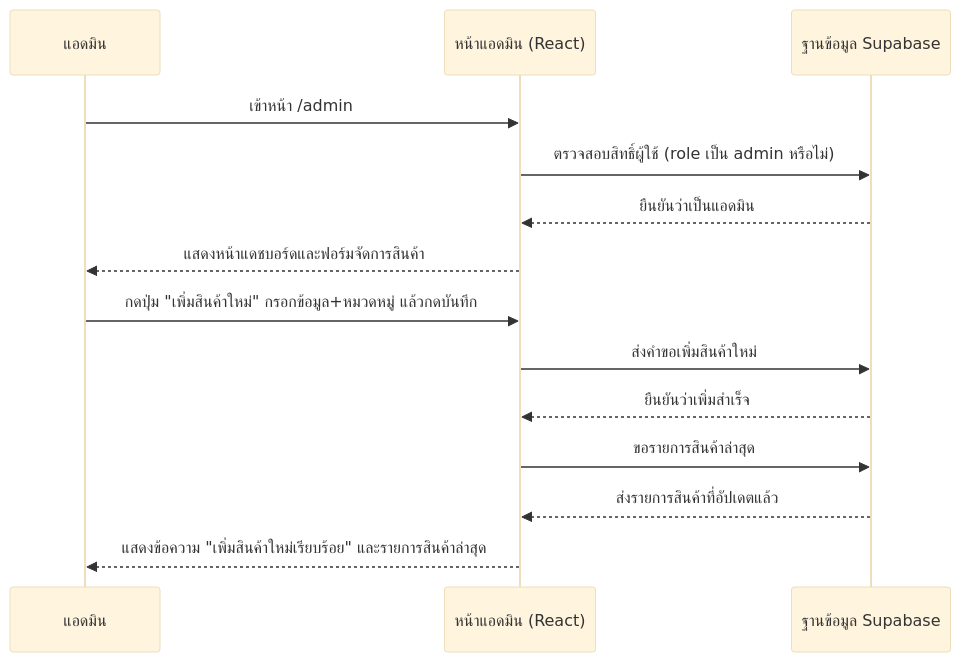
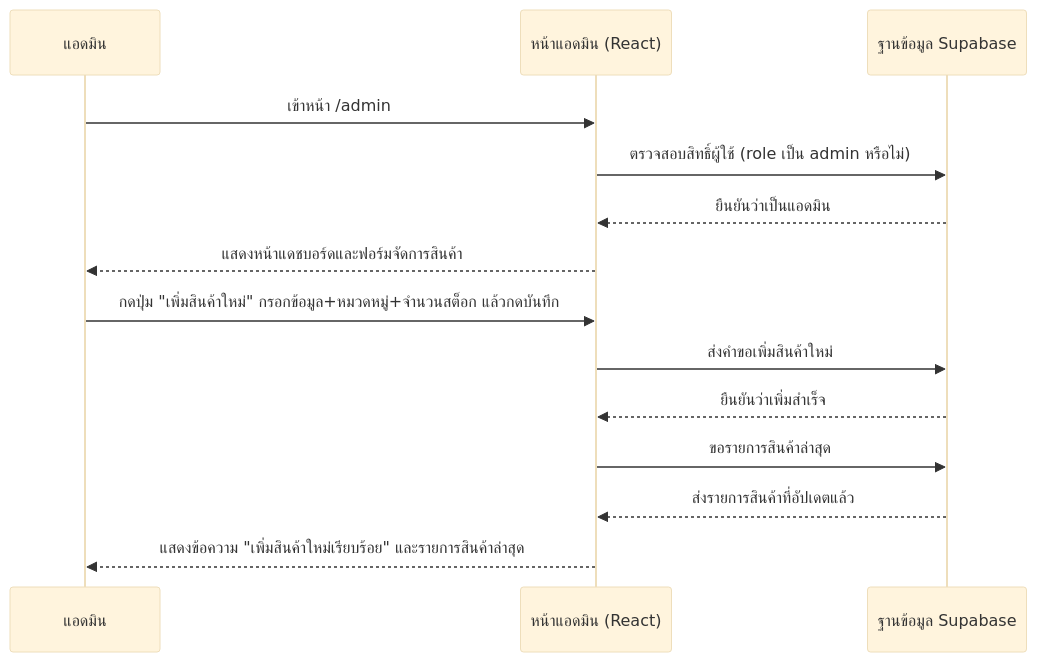
The eighth of 12 diagrams in docs/use-case-and-sequence.md (Kachanop/BM_com_v2), drawn with Mermaid (base theme) before and after one commit. The commit also changed other lines of this file and 4 other files, not shown here.

````diff
--- a/docs/use-case-and-sequence.md
+++ b/docs/use-case-and-sequence.md
@@ -159,18 +174,18 @@
 ```mermaid
 sequenceDiagram
     participant แอดมิน as แอดมิน
     participant เว็บ as หน้าแอดมิน (React)
     participant DB as ฐานข้อมูล Supabase
 
     แอดมิน->>เว็บ: เข้าหน้า /admin
     เว็บ->>DB: ตรวจสอบสิทธิ์ผู้ใช้ (role เป็น admin หรือไม่)
     DB-->>เว็บ: ยืนยันว่าเป็นแอดมิน
     เว็บ-->>แอดมิน: แสดงหน้าแดชบอร์ดและฟอร์มจัดการสินค้า
 
-    แอดมิน->>เว็บ: กดปุ่ม "เพิ่มสินค้าใหม่" กรอกข้อมูล+หมวดหมู่ แล้วกดบันทึก
+    แอดมิน->>เว็บ: กดปุ่ม "เพิ่มสินค้าใหม่" กรอกข้อมูล+หมวดหมู่+จำนวนสต็อก แล้วกดบันทึก
     เว็บ->>DB: ส่งคำขอเพิ่มสินค้าใหม่
     DB-->>เว็บ: ยืนยันว่าเพิ่มสำเร็จ
     เว็บ->>DB: ขอรายการสินค้าล่าสุด
     DB-->>เว็บ: ส่งรายการสินค้าที่อัปเดตแล้ว
     เว็บ-->>แอดมิน: แสดงข้อความ "เพิ่มสินค้าใหม่เรียบร้อย" และรายการสินค้าล่าสุด
 ```
````
